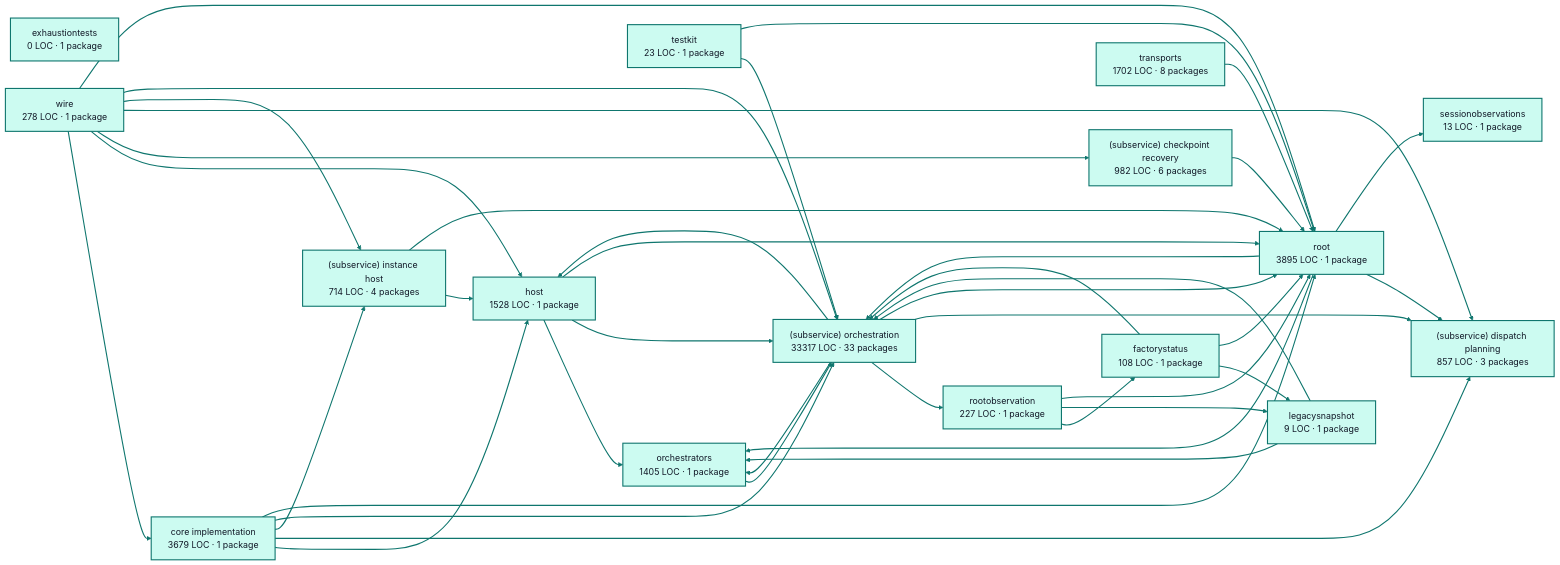
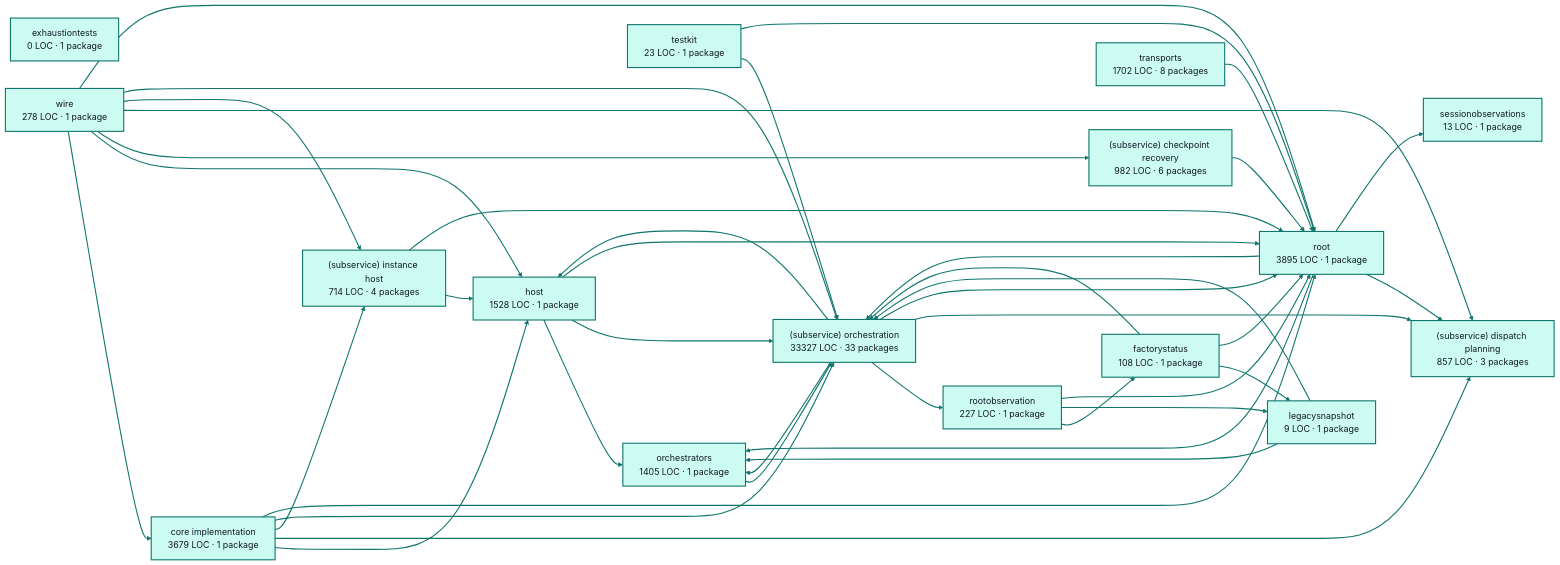
Before and after one commit to portpowered/you-agent-factory: the diagram in docs/architecture/visualizations/services/factory_runtime.md, drawn with Mermaid. The commit also changed other lines of this file and 20 other files, not shown here.

Commit message:
docs: refresh backend architecture visualizations

````diff
--- a/docs/architecture/visualizations/services/factory_runtime.md
+++ b/docs/architecture/visualizations/services/factory_runtime.md
@@ -11,75 +11,75 @@
 ```mermaid
 flowchart LR
   p0["core implementation<br/>3679 LOC · 1 package"]
   p1["exhaustiontests<br/>0 LOC · 1 package"]
   p2["factorystatus<br/>108 LOC · 1 package"]
   p3["host<br/>1528 LOC · 1 package"]
   p4["legacysnapshot<br/>9 LOC · 1 package"]
   p5["orchestrators<br/>1405 LOC · 1 package"]
   p6["rootobservation<br/>227 LOC · 1 package"]
   p7["(subservice) checkpoint recovery<br/>982 LOC · 6 packages"]
   p8["(subservice) dispatch planning<br/>857 LOC · 3 packages"]
   p9["(subservice) instance host<br/>714 LOC · 4 packages"]
-  p10["(subservice) orchestration<br/>33317 LOC · 33 packages"]
+  p10["(subservice) orchestration<br/>33327 LOC · 33 packages"]
   p11["sessionobservations<br/>13 LOC · 1 package"]
   p12["testkit<br/>23 LOC · 1 package"]
   p13["root<br/>3895 LOC · 1 package"]
   p14["transports<br/>1702 LOC · 8 packages"]
   p15["wire<br/>278 LOC · 1 package"]
   p0 --> p3
   p0 --> p8
   p0 --> p9
   p0 --> p10
   p0 --> p13
   p2 --> p4
   p2 --> p10
   p2 --> p13
   p3 --> p5
   p3 --> p10
   p3 --> p13
   p4 --> p5
   p4 --> p10
   p5 --> p10
   p6 --> p2
   p6 --> p4
   p6 --> p13
   p7 --> p13
   p9 --> p3
   p9 --> p13
   p10 --> p3
   p10 --> p5
   p10 --> p6
   p10 --> p8
   p10 --> p13
   p12 --> p10
   p12 --> p13
   p13 --> p5
   p13 --> p8
   p13 --> p10
   p13 --> p11
   p14 --> p13
   p15 --> p0
   p15 --> p3
   p15 --> p7
   p15 --> p8
   p15 --> p9
   p15 --> p10
   p15 --> p13
   style p0 fill:#ccfbf1,stroke:#0f766e,stroke-width:2px,color:#111827
   style p1 fill:#ccfbf1,stroke:#0f766e,stroke-width:2px,color:#111827
   style p2 fill:#ccfbf1,stroke:#0f766e,stroke-width:2px,color:#111827
   style p3 fill:#ccfbf1,stroke:#0f766e,stroke-width:2px,color:#111827
   style p4 fill:#ccfbf1,stroke:#0f766e,stroke-width:2px,color:#111827
   style p5 fill:#ccfbf1,stroke:#0f766e,stroke-width:2px,color:#111827
   style p6 fill:#ccfbf1,stroke:#0f766e,stroke-width:2px,color:#111827
   style p7 fill:#ccfbf1,stroke:#0f766e,stroke-width:2px,color:#111827
   style p8 fill:#ccfbf1,stroke:#0f766e,stroke-width:2px,color:#111827
   style p9 fill:#ccfbf1,stroke:#0f766e,stroke-width:2px,color:#111827
   style p10 fill:#ccfbf1,stroke:#0f766e,stroke-width:2px,color:#111827
   style p11 fill:#ccfbf1,stroke:#0f766e,stroke-width:2px,color:#111827
   style p12 fill:#ccfbf1,stroke:#0f766e,stroke-width:2px,color:#111827
   style p13 fill:#ccfbf1,stroke:#0f766e,stroke-width:2px,color:#111827
   style p14 fill:#ccfbf1,stroke:#0f766e,stroke-width:2px,color:#111827
   style p15 fill:#ccfbf1,stroke:#0f766e,stroke-width:2px,color:#111827
   linkStyle default stroke:#0f766e,stroke-width:2px
 ```
````
